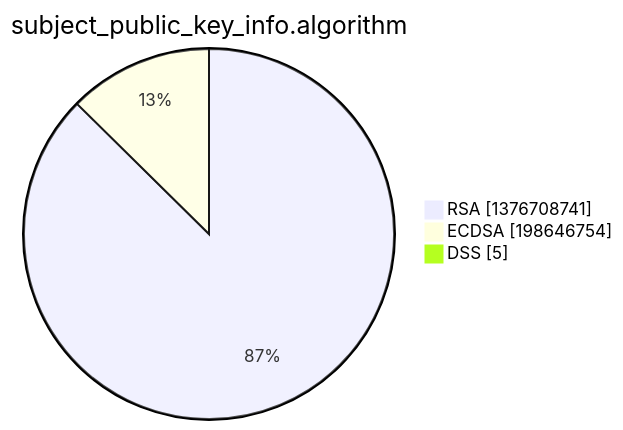
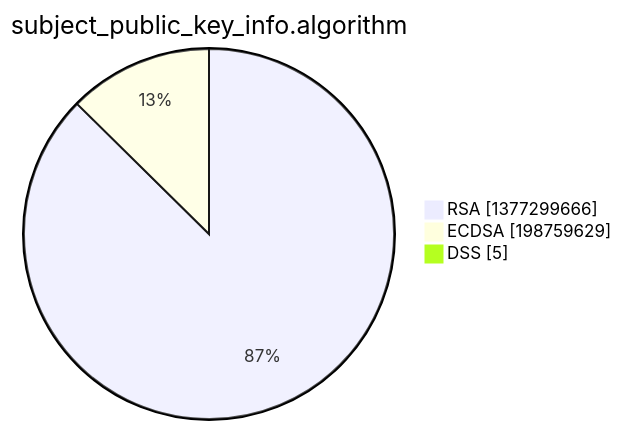
Before and after one commit to christiankrug/ctmonitor_visualization: the third of 15 diagrams in xenon2022/README.md, drawn with Mermaid. The commit also changed other lines of this file, not shown here.

````diff
--- a/xenon2022/README.md
+++ b/xenon2022/README.md
@@ -14,7 +14,7 @@
 ```mermaid
 pie showData
 title subject_public_key_info.algorithm
-"RSA" :1376708741
-"ECDSA" :198646754
+"RSA" :1377299666
+"ECDSA" :198759629
 "DSS" :5
 ```
````
